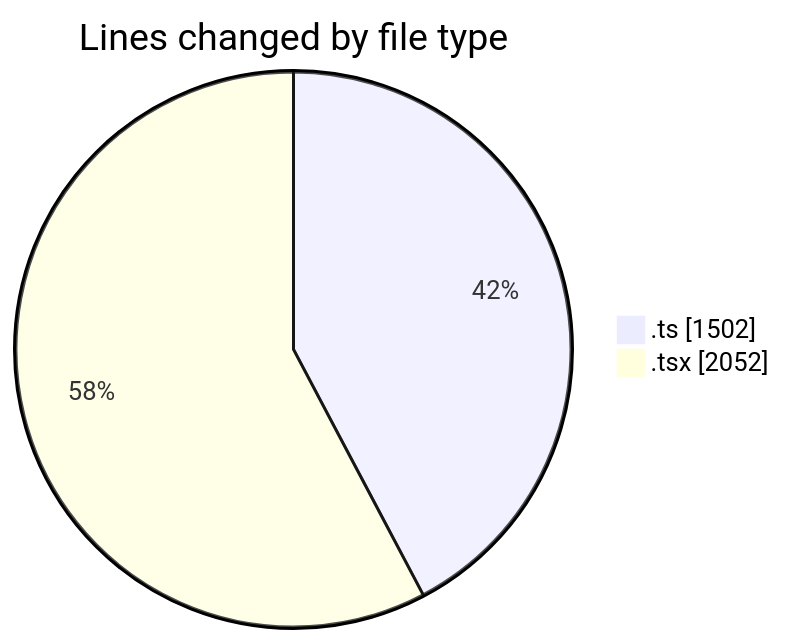
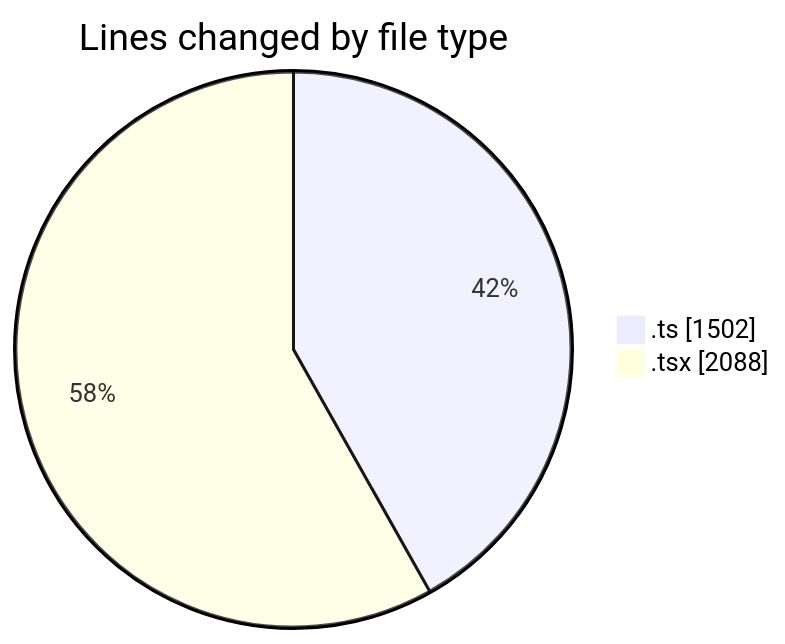
One commit to nxtqubesakshisongat/code-tracking changed the first of 2 diagrams in 2026-03-04/nxtqube_webapp/README.md. Above: the diagram before and after it, drawn with Mermaid. The commit also changed other lines of this file and 1 other file, not shown here.

````diff
--- a/2026-03-04/nxtqube_webapp/README.md
+++ b/2026-03-04/nxtqube_webapp/README.md
@@ -26,6 +26,6 @@
 ```mermaid
 pie showData
 title Lines changed by file type
 ".ts" : 1502
-".tsx" : 2052
+".tsx" : 2088
 ```
````
